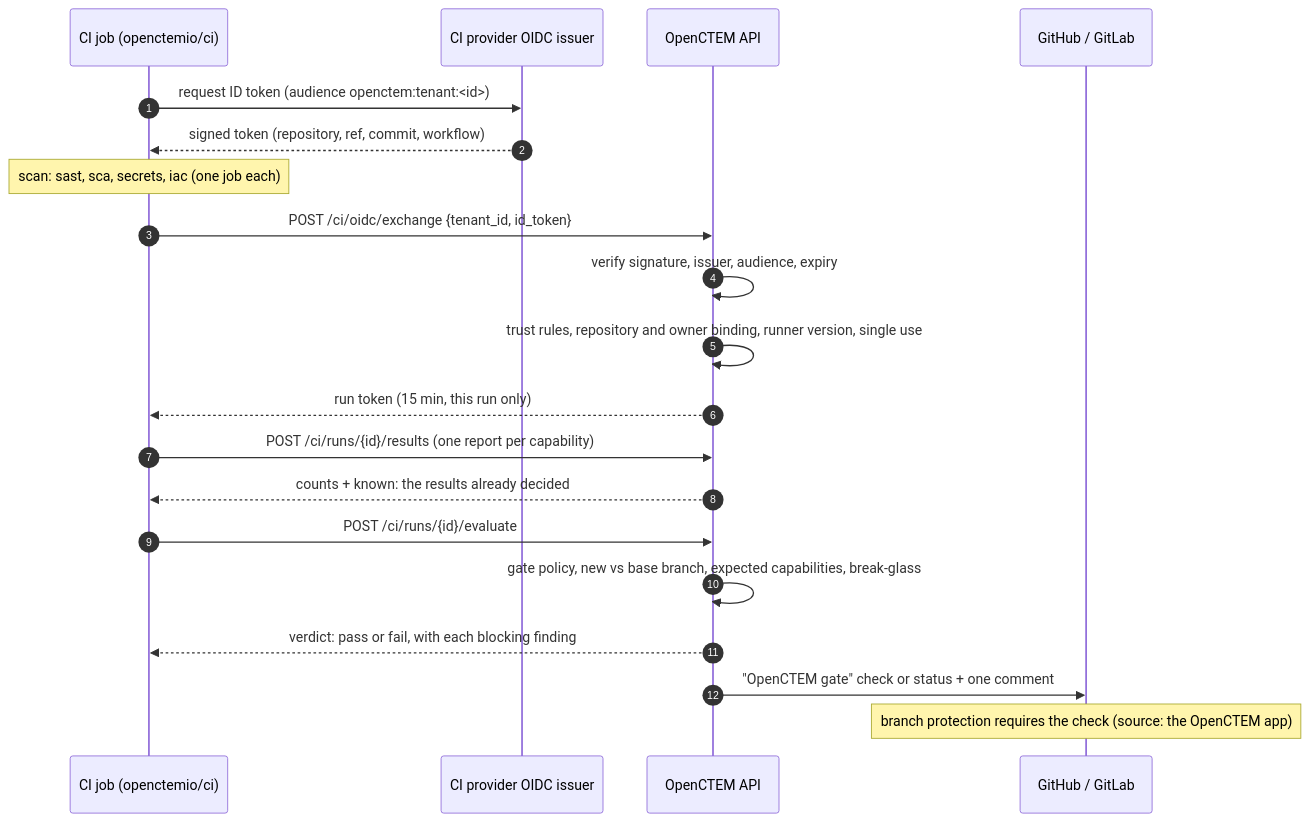
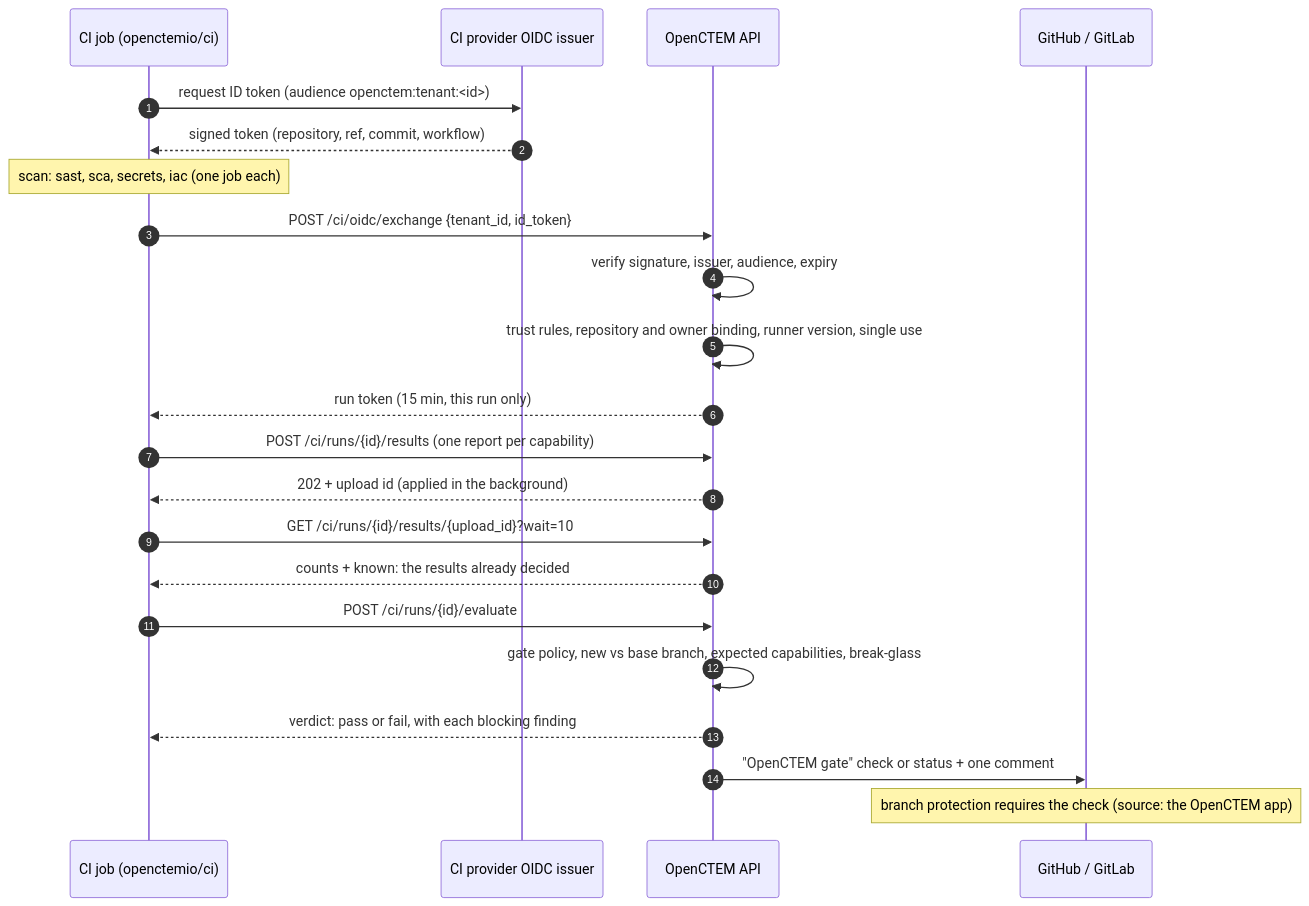
One commit to openctemio/docs changed the second of 3 diagrams in scanning/ci-integration.md. Above: the diagram before and after it, drawn with Mermaid. The commit also changed other lines of this file and 10 other files, not shown here.

````diff
--- a/scanning/ci-integration.md
+++ b/scanning/ci-integration.md
@@ -91,22 +91,24 @@
 ```mermaid
 sequenceDiagram
   autonumber
   participant Job as CI job (openctemio/ci)
   participant IdP as CI provider OIDC issuer
   participant API as OpenCTEM API
   participant Host as GitHub / GitLab
   Job->>IdP: request ID token (audience openctem:tenant:<id>)
   IdP-->>Job: signed token (repository, ref, commit, workflow)
   Note over Job: scan: sast, sca, secrets, iac (one job each)
   Job->>API: POST /ci/oidc/exchange {tenant_id, id_token}
   API->>API: verify signature, issuer, audience, expiry
   API->>API: trust rules, repository and owner binding, runner version, single use
   API-->>Job: run token (15 min, this run only)
   Job->>API: POST /ci/runs/{id}/results (one report per capability)
+  API-->>Job: 202 + upload id (applied in the background)
+  Job->>API: GET /ci/runs/{id}/results/{upload_id}?wait=10
   API-->>Job: counts + known: the results already decided
   Job->>API: POST /ci/runs/{id}/evaluate
   API->>API: gate policy, new vs base branch, expected capabilities, break-glass
   API-->>Job: verdict: pass or fail, with each blocking finding
   API->>Host: "OpenCTEM gate" check or status + one comment
   Note over Host: branch protection requires the check (source: the OpenCTEM app)
 ```
````
